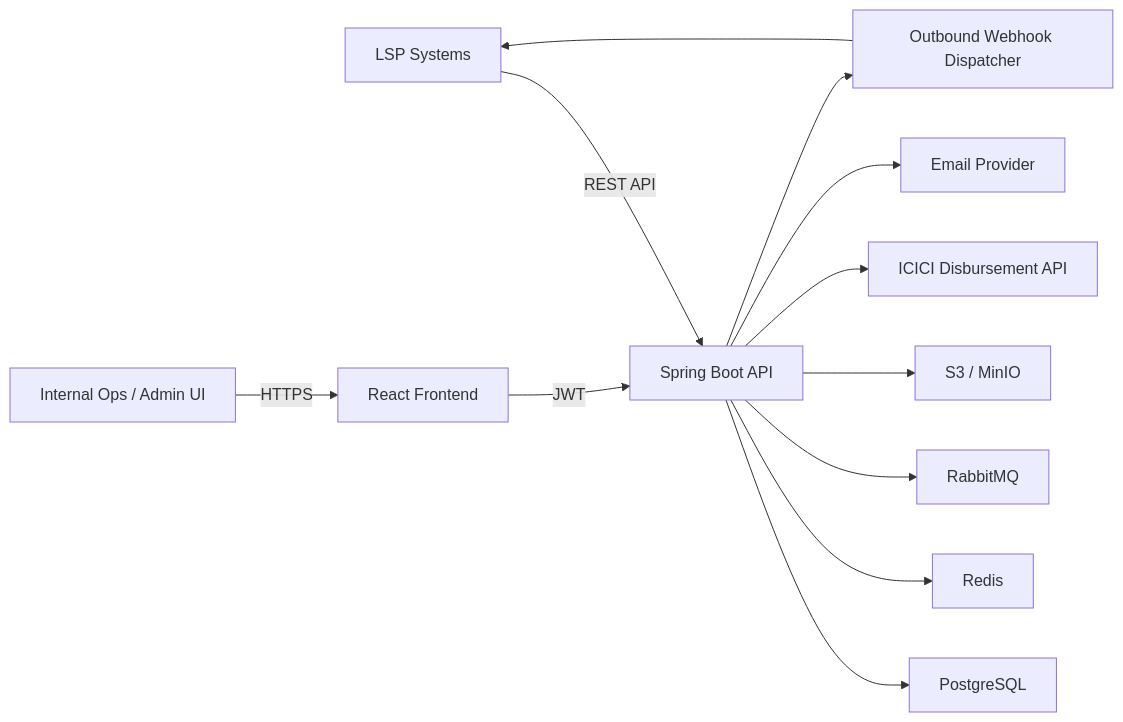
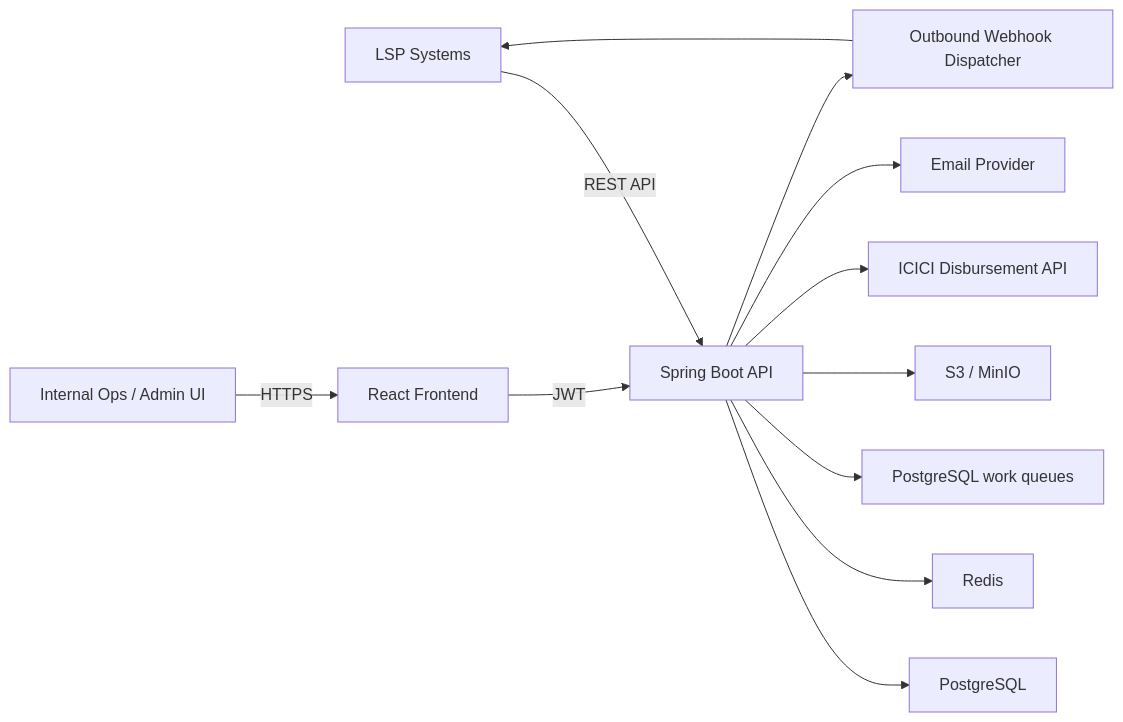
Before and after one commit to sid12701/lms: the diagram in docs/architecture/lms-blueprint.md, drawn with Mermaid. The commit also changed other lines of this file and 41 other files, not shown here.

````diff
--- a/docs/architecture/lms-blueprint.md
+++ b/docs/architecture/lms-blueprint.md
@@ -49,14 +49,14 @@
 ```mermaid
 flowchart LR
     LSP["LSP Systems"] -->|REST API| API["Spring Boot API"]
 Ops["Internal Ops / Admin UI"] -->|HTTPS| UI["React Frontend"]
     UI -->|JWT| API
     API --> DB["PostgreSQL"]
     API --> Cache["Redis"]
-    API --> MQ["RabbitMQ"]
+    API --> Queue["PostgreSQL work queues"]
     API --> Docs["S3 / MinIO"]
     API --> ICICI["ICICI Disbursement API"]
     API --> Mail["Email Provider"]
     API --> Webhooks["Outbound Webhook Dispatcher"]
     Webhooks --> LSP
 ```
````
